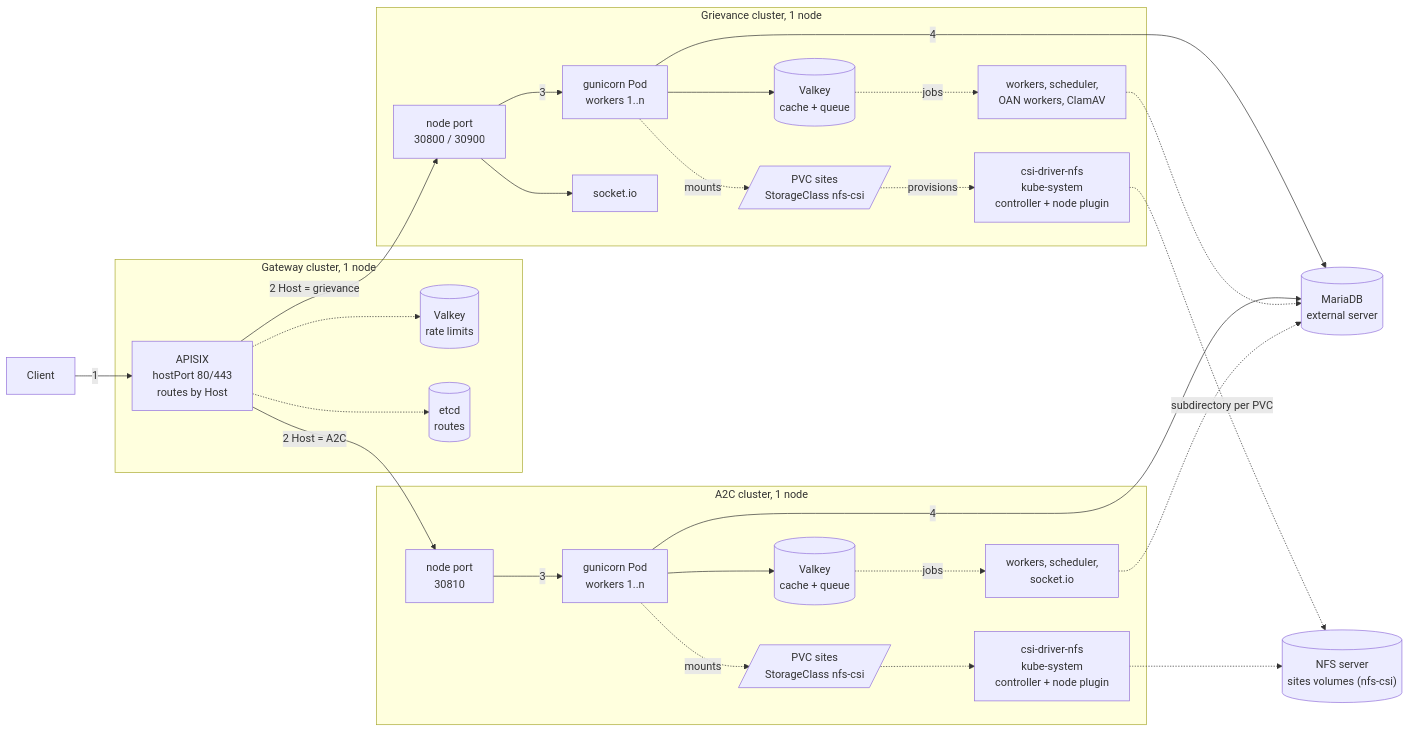
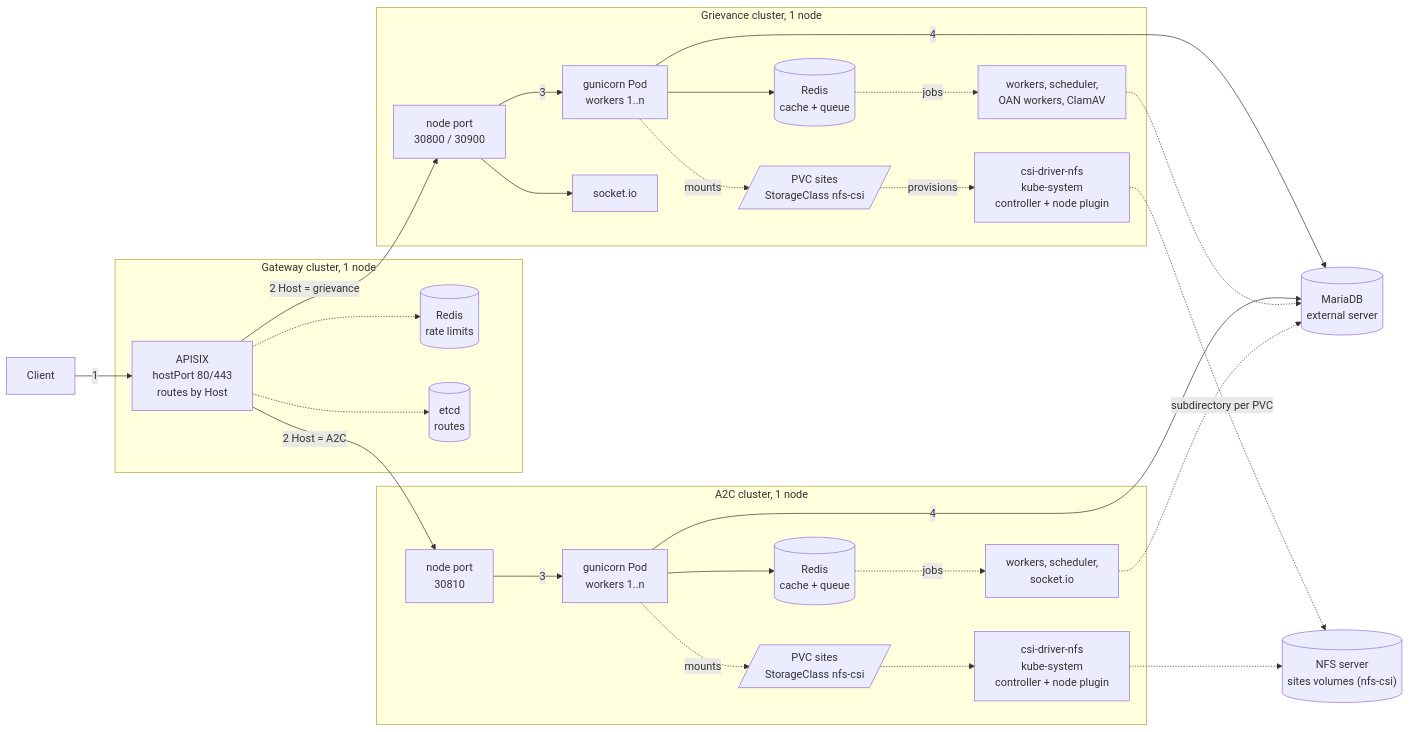
Before and after one commit to Centre-for-Open-Societal-Systems/oan-helm: the second of 2 diagrams in docs/request-flow.md, drawn with Mermaid. The commit also changed other lines of this file and 18 other files, not shown here.

First line of the commit message:
feat(apisix): package the gateway as a chart with a shared Redis

````diff
--- a/docs/request-flow.md
+++ b/docs/request-flow.md
@@ -204,55 +204,55 @@
 ```mermaid
 flowchart LR
   client["Client"]
 
   subgraph GW["Gateway cluster, 1 node"]
     apisix["APISIX<br/>hostPort 80/443<br/>routes by Host"]
-    valkey[("Valkey<br/>rate limits")]
+    redis[("Redis<br/>rate limits")]
     etcd[("etcd<br/>routes")]
   end
 
   subgraph GRV["Grievance cluster, 1 node"]
     np_g["node port<br/>30800 / 30900"]
     gun_g["gunicorn Pod<br/>workers 1..n"]
     sio_g["socket.io"]
     work_g["workers, scheduler,<br/>OAN workers, ClamAV"]
-    vk_g[("Valkey<br/>cache + queue")]
+    vk_g[("Redis<br/>cache + queue")]
     pvc_g[/"PVC sites<br/>StorageClass nfs-csi"/]
     csi_g["csi-driver-nfs<br/>kube-system<br/>controller + node plugin"]
   end
 
   subgraph A2C["A2C cluster, 1 node"]
     np_a["node port<br/>30810"]
     gun_a["gunicorn Pod<br/>workers 1..n"]
     work_a["workers, scheduler,<br/>socket.io"]
-    vk_a[("Valkey<br/>cache + queue")]
+    vk_a[("Redis<br/>cache + queue")]
     pvc_a[/"PVC sites<br/>StorageClass nfs-csi"/]
     csi_a["csi-driver-nfs<br/>kube-system<br/>controller + node plugin"]
   end
 
   db[("MariaDB<br/>external server")]
   nfs[("NFS server<br/>sites volumes (nfs-csi)")]
 
   client -->|"1"| apisix
-  apisix -.-> valkey
+  apisix -.-> redis
   apisix -.-> etcd
   apisix -->|"2 Host = grievance"| np_g
   apisix -->|"2 Host = A2C"| np_a
   np_g -->|"3"| gun_g
   np_g --> sio_g
   np_a -->|"3"| gun_a
   gun_g -->|"4"| db
   gun_g --> vk_g
   gun_g -.->|"mounts"| pvc_g
   gun_a -->|"4"| db
   gun_a --> vk_a
   gun_a -.->|"mounts"| pvc_a
   vk_g -.->|"jobs"| work_g
   work_g -.-> db
   vk_a -.->|"jobs"| work_a
   work_a -.-> db
   pvc_g -.->|"provisions"| csi_g
   csi_g -.->|"subdirectory per PVC"| nfs
   pvc_a -.-> csi_a
   csi_a -.-> nfs
 ```
````
